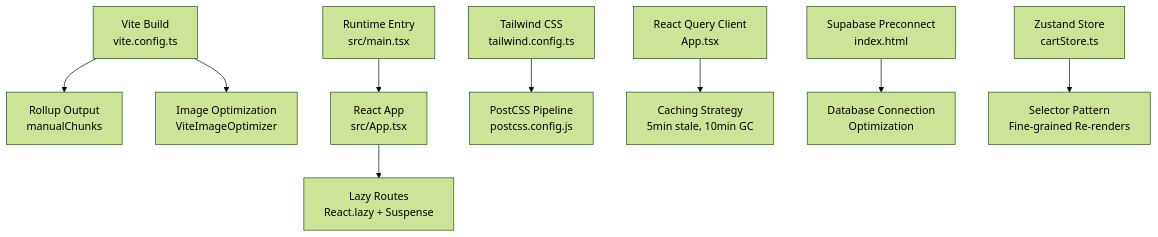
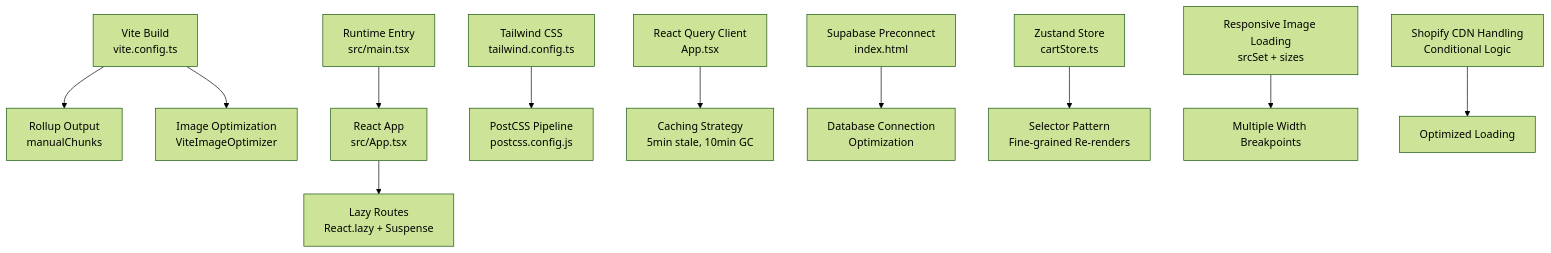
The first of 12 diagrams in .qoder/repowiki/en/content/Performance Optimization.md (Hawky1/ryland), drawn with Mermaid (forest theme) before and after one commit. The commit also changed other lines of this file and 5 other files, not shown here.

````diff
--- a/.qoder/repowiki/en/content/Performance Optimization.md
+++ b/.qoder/repowiki/en/content/Performance Optimization.md
@@ -51,11 +53,13 @@
 ```mermaid
 graph TB
 A["Vite Build<br/>vite.config.ts"] --> B["Rollup Output<br/>manualChunks"]
 A --> C["Image Optimization<br/>ViteImageOptimizer"]
 D["React App<br/>src/App.tsx"] --> E["Lazy Routes<br/>React.lazy + Suspense"]
 F["Tailwind CSS<br/>tailwind.config.ts"] --> G["PostCSS Pipeline<br/>postcss.config.js"]
 H["Runtime Entry<br/>src/main.tsx"] --> D
 I["React Query Client<br/>App.tsx"] --> J["Caching Strategy<br/>5min stale, 10min GC"]
 K["Supabase Preconnect<br/>index.html"] --> L["Database Connection<br/>Optimization"]
 M["Zustand Store<br/>cartStore.ts"] --> N["Selector Pattern<br/>Fine-grained Re-renders"]
+O["Responsive Image Loading<br/>srcSet + sizes"] --> P["Multiple Width Breakpoints"]
+Q["Shopify CDN Handling<br/>Conditional Logic"] --> R["Optimized Loading"]
 ```
````
